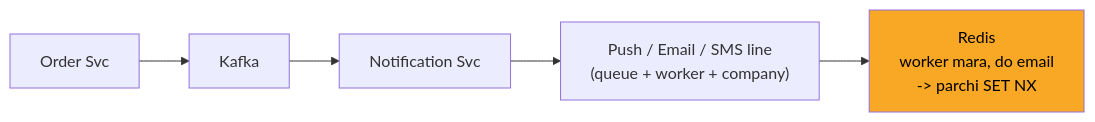
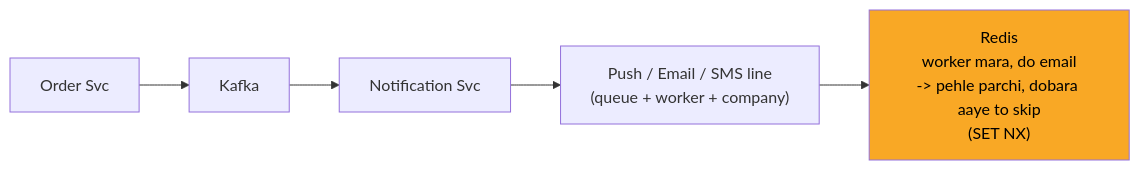
One commit to ArpanMaheshwari144/Prep changed the fourth of 13 diagrams in 04_HLD/SYSTEM_DESIGNS/04_notification_system/04_notification_system.md. Above: the diagram before and after it, drawn with Mermaid. The commit also changed other lines of this file and 13 other files, not shown here.

````diff
--- a/04_HLD/SYSTEM_DESIGNS/04_notification_system/04_notification_system.md
+++ b/04_HLD/SYSTEM_DESIGNS/04_notification_system/04_notification_system.md
@@ -169,13 +169,13 @@
 ```mermaid
 flowchart LR
     n_Order_Svc["Order Svc"]
     n_Kafka["Kafka"]
     n_Notification_Svc["Notification Svc"]
     n_LINES["Push / Email / SMS line<br/>(queue + worker + company)"]
-    n_Redis["Redis<br/>worker mara, do email<br/>-> parchi SET NX"]
+    n_Redis["Redis<br/>worker mara, do email<br/>-> pehle parchi, dobara aaye to skip<br/>(SET NX)"]
     n_Order_Svc --> n_Kafka
     n_Kafka --> n_Notification_Svc
     n_Notification_Svc --> n_LINES
     n_LINES --> n_Redis
     style n_Redis fill:#f9a825,color:#000
 ```
````
